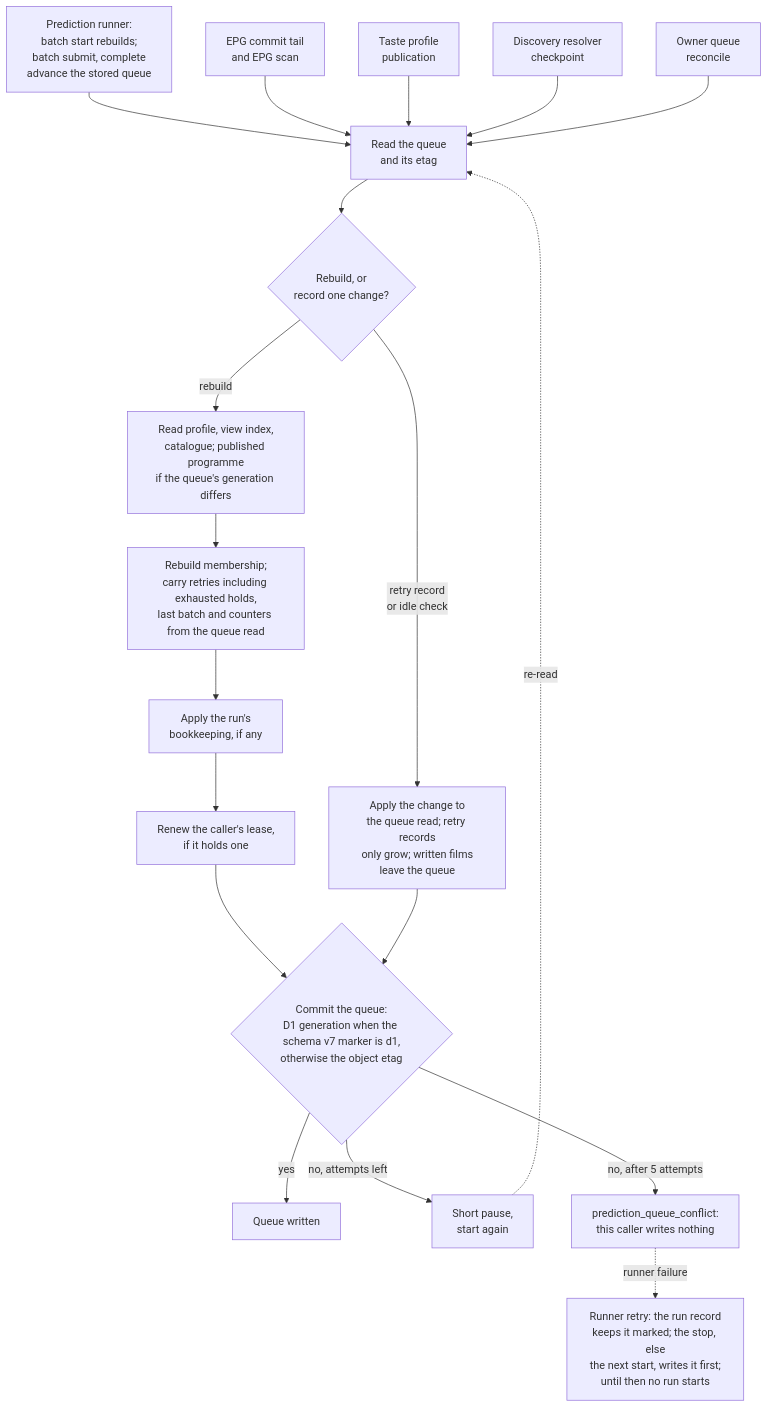
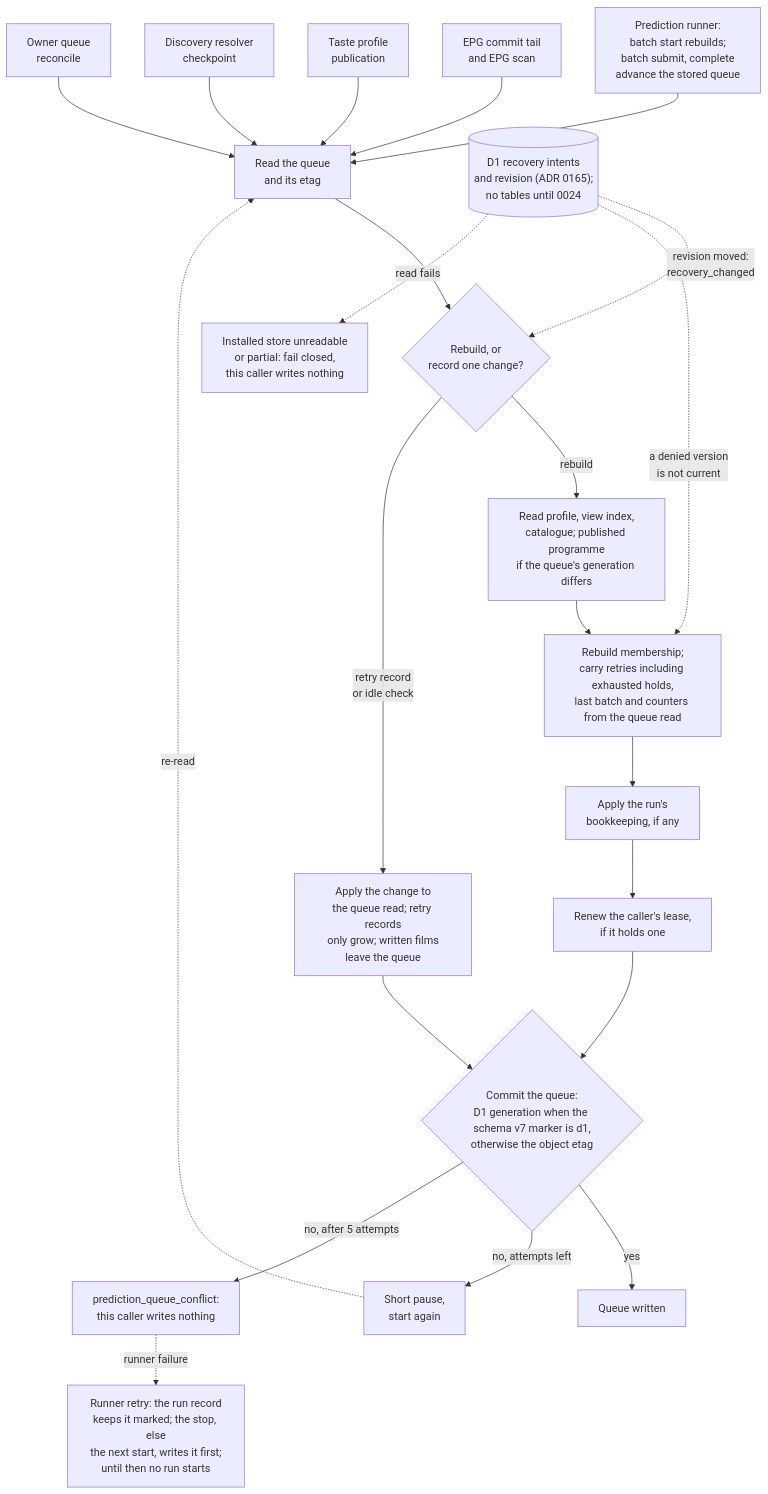
One commit to vladimino/iptv-watchlist changed the second of 2 diagrams in docs/architecture/prediction-pipeline.md. Above: the diagram before and after it, drawn with Mermaid. The commit also changed other lines of this file and 27 other files, not shown here.

First line of the commit message:
AIR-477: owner-only scoped prediction recovery intent (ADR 0165, Proposed) (#734)

````diff
--- a/docs/architecture/prediction-pipeline.md
+++ b/docs/architecture/prediction-pipeline.md
@@ -110,38 +110,43 @@
 ```mermaid
 flowchart TD
     runner["Prediction runner:<br/>batch start rebuilds;<br/>batch submit, complete<br/>advance the stored queue"]
     epg["EPG commit tail<br/>and EPG scan"]
     profile["Taste profile<br/>publication"]
     resolver["Discovery resolver<br/>checkpoint"]
     reconcile["Owner queue<br/>reconcile"]
     read["Read the queue<br/>and its etag"]
     kind{"Rebuild, or<br/>record one change?"}
     inputs["Read profile, view index,<br/>catalogue; published programme<br/>if the queue's generation differs"]
     build["Rebuild membership;<br/>carry retries including exhausted holds,<br/>last batch and counters from the queue read"]
     amend["Apply the run's<br/>bookkeeping, if any"]
     change["Apply the change to<br/>the queue read; retry records<br/>only grow; written films<br/>leave the queue"]
     fence["Renew the caller's lease,<br/>if it holds one"]
     put{"Commit the queue:<br/>D1 generation when the schema v7 marker is d1,<br/>otherwise the object etag"}
     done["Queue written"]
     again["Short pause,<br/>start again"]
     conflict["prediction_queue_conflict:<br/>this caller writes nothing"]
     marked["Runner retry: the run record<br/>keeps it marked; the stop, else<br/>the next start, writes it first;<br/>until then no run starts"]
+    intents[("D1 recovery intents<br/>and revision (ADR 0165);<br/>no tables until 0024")]
+    closed["Installed store unreadable<br/>or partial: fail closed,<br/>this caller writes nothing"]
     runner --> read
     epg --> read
     profile --> read
     resolver --> read
     reconcile --> read
     read --> kind
     kind -->|rebuild| inputs
     inputs --> build
     build --> amend
     amend --> fence
     fence --> put
     kind -->|retry record<br/>or idle check| change
     change --> put
     put -->|yes| done
     put -->|no, attempts left| again
     again -.->|re-read| read
     put -->|no, after 5 attempts| conflict
     conflict -.->|runner failure| marked
+    intents -.->|revision moved:<br/>recovery_changed| kind
+    intents -.->|a denied version<br/>is not current| build
+    intents -.->|read fails| closed
 ```
````
